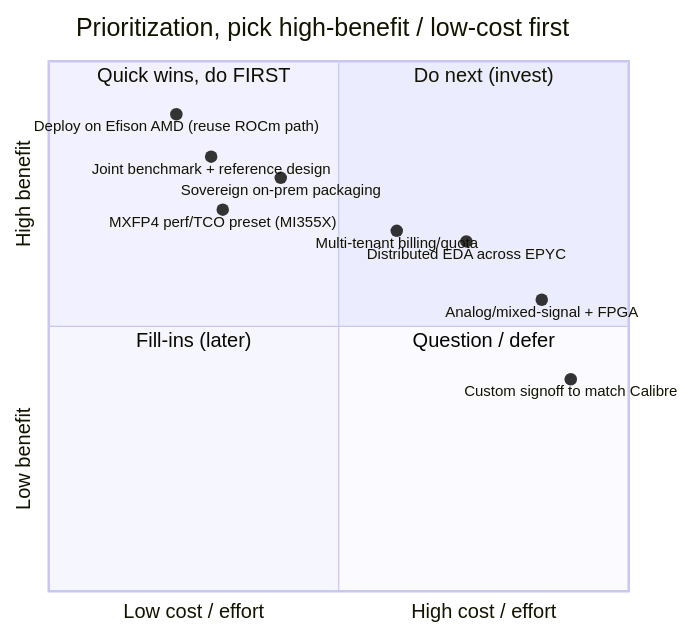
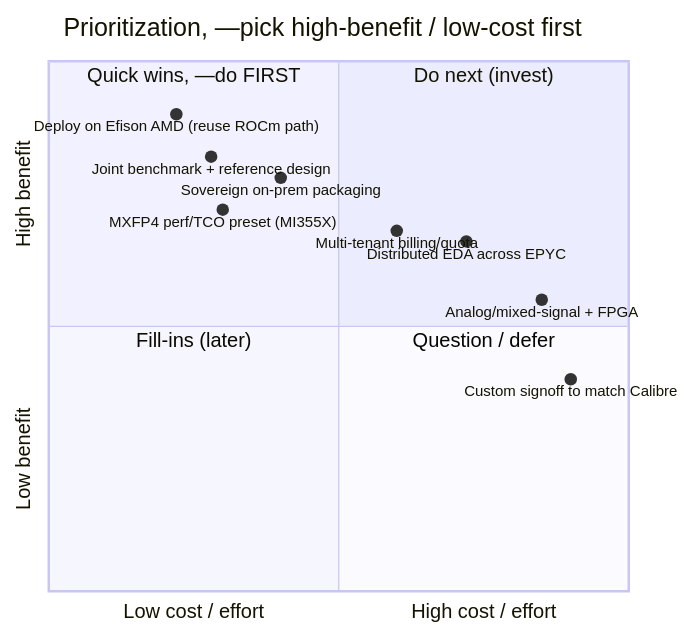
Before and after one commit to radhian/Chip-Orchestra: the seventh of 9 diagrams in docs/platform_x_amd_deck.md, drawn with Mermaid. The commit also changed other lines of this file, not shown here.

````diff
--- a/docs/platform_x_amd_deck.md
+++ b/docs/platform_x_amd_deck.md
@@ -275,18 +261,18 @@
 ```mermaid
 quadrantChart
-    title Prioritization, pick high-benefit / low-cost first
+    title Prioritization, —pick high-benefit / low-cost first
     x-axis "Low cost / effort" --> "High cost / effort"
     y-axis "Low benefit" --> "High benefit"
     quadrant-1 "Do next (invest)"
-    quadrant-2 "Quick wins, do FIRST"
+    quadrant-2 "Quick wins, —do FIRST"
     quadrant-3 "Fill-ins (later)"
     quadrant-4 "Question / defer"
     "Deploy on Efison AMD (reuse ROCm path)": [0.22, 0.90]
     "Joint benchmark + reference design": [0.28, 0.82]
     "MXFP4 perf/TCO preset (MI355X)": [0.30, 0.72]
     "Sovereign on-prem packaging": [0.40, 0.78]
     "Multi-tenant billing/quota": [0.60, 0.68]
     "Distributed EDA across EPYC": [0.72, 0.66]
     "Analog/mixed-signal + FPGA": [0.85, 0.55]
     "Custom signoff to match Calibre": [0.90, 0.40]
 ```
````
